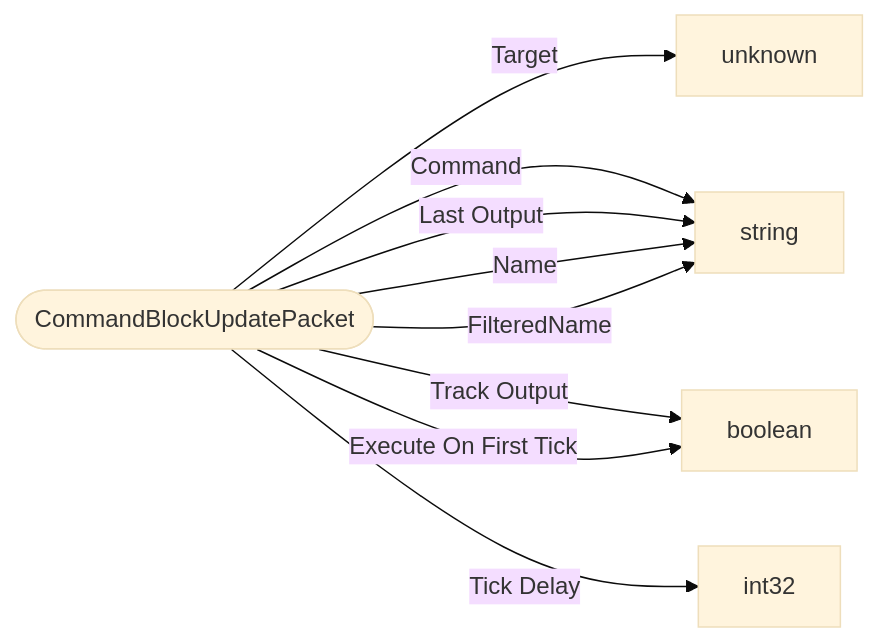
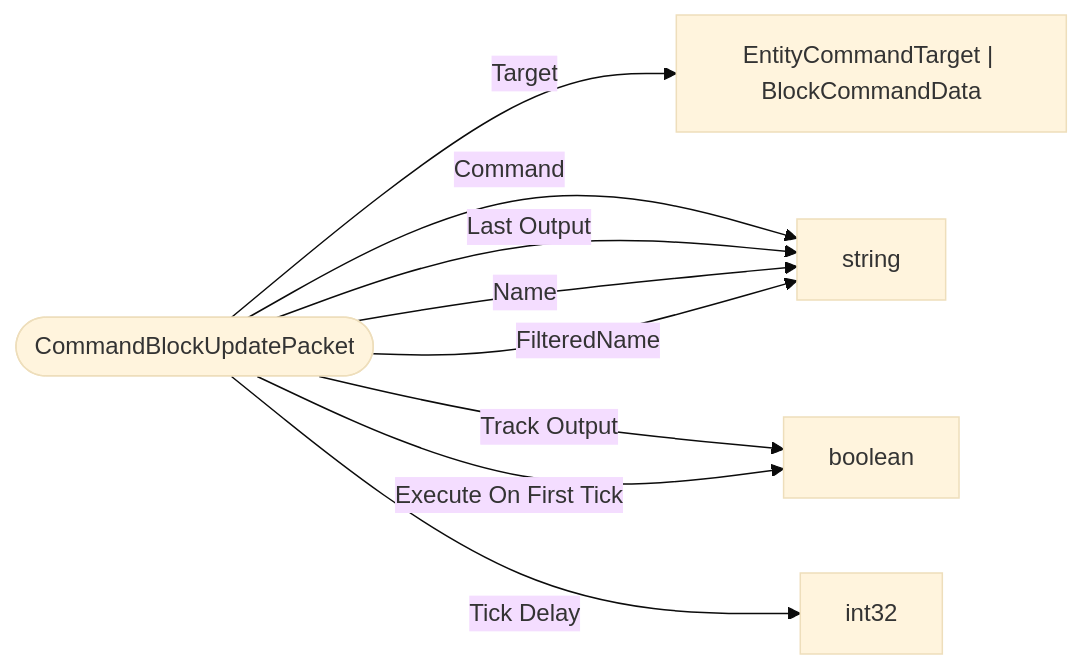
Before and after one commit to bedrock-v/protocol-docs: the diagram in schemas/packets/CommandBlockUpdatePacket.md, drawn with Mermaid (base theme). The commit also changed 114 other files, not shown here.

````diff
--- a/schemas/packets/CommandBlockUpdatePacket.md
+++ b/schemas/packets/CommandBlockUpdatePacket.md
@@ -7,12 +7,12 @@
 ```mermaid
 flowchart LR
   ROOT(["CommandBlockUpdatePacket"])
-  ROOT -->|"Target"| unknown["unknown"]
+  ROOT -->|"Target"| EntityCommandTarget___BlockCommandData["EntityCommandTarget | BlockCommandData"]
   ROOT -->|"Command"| string["string"]
   ROOT -->|"Last Output"| string["string"]
   ROOT -->|"Name"| string["string"]
   ROOT -->|"FilteredName"| string["string"]
   ROOT -->|"Track Output"| boolean["boolean"]
   ROOT -->|"Tick Delay"| int32["int32"]
   ROOT -->|"Execute On First Tick"| boolean["boolean"]
 ```
````
